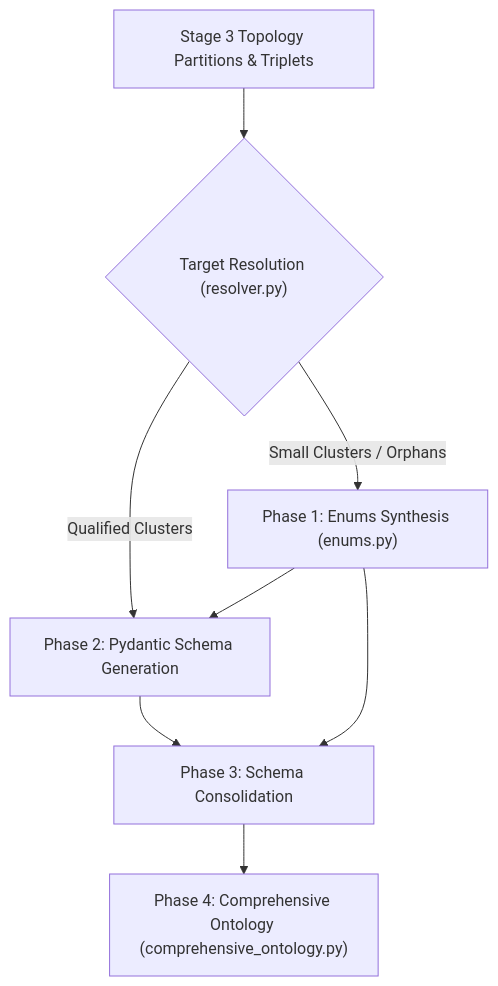
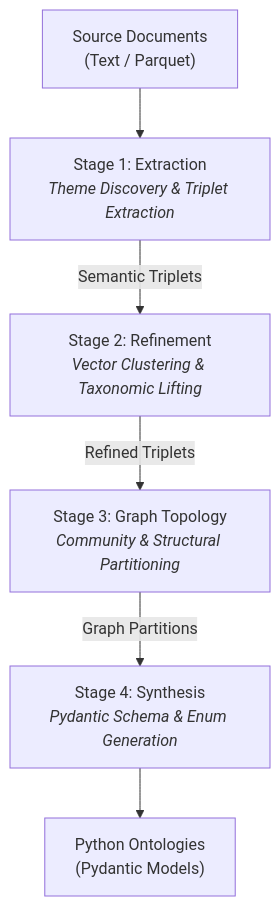
One commit to childmindresearch/SemanticPrism changed the diagram in README.md. Above: the diagram before and after it, drawn with Mermaid. The commit also changed other lines of this file and 27 other files, not shown here.

````diff
--- a/README.md
+++ b/README.md
@@ -174,13 +11,8 @@
 ```mermaid
 graph TD
-    S3_Topology["Stage 3 Topology Partitions & Triplets"] --> TargetRes{"Target Resolution (resolver.py)"}
-    
-    TargetRes -->|"Small Clusters / Orphans"| Enums["Phase 1: Enums Synthesis (enums.py)"]
-    TargetRes -->|"Qualified Clusters"| Schemas["Phase 2: Pydantic Schema Generation"]
-    
-    Enums --> Schemas
-    Schemas --> Consolidation["Phase 3: Schema Consolidation"]
-    Enums --> Consolidation
-    
-    Consolidation --> Final["Phase 4: Comprehensive Ontology (comprehensive_ontology.py)"]
+    Inputs["Source Documents<br/>(Text / Parquet)"] --> S1["Stage 1: Extraction<br/><i>Theme Discovery & Triplet Extraction</i>"]
+    S1 -->|"Semantic Triplets"| S2["Stage 2: Refinement<br/><i>Vector Clustering & Taxonomic Lifting</i>"]
+    S2 -->|"Refined Triplets"| S3["Stage 3: Graph Topology<br/><i>Community & Structural Partitioning</i>"]
+    S3 -->|"Graph Partitions"| S4["Stage 4: Synthesis<br/><i>Pydantic Schema & Enum Generation</i>"]
+    S4 --> Outputs["Python Ontologies<br/>(Pydantic Models)"]
 ```
````
